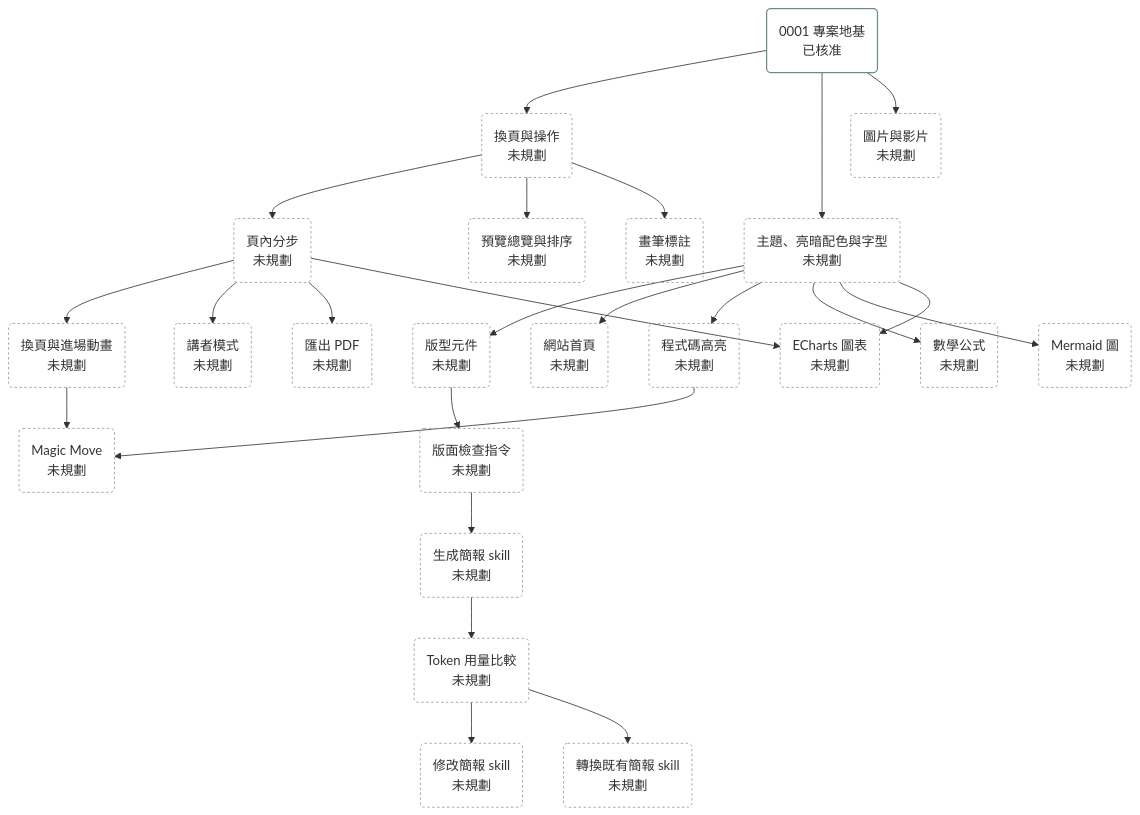
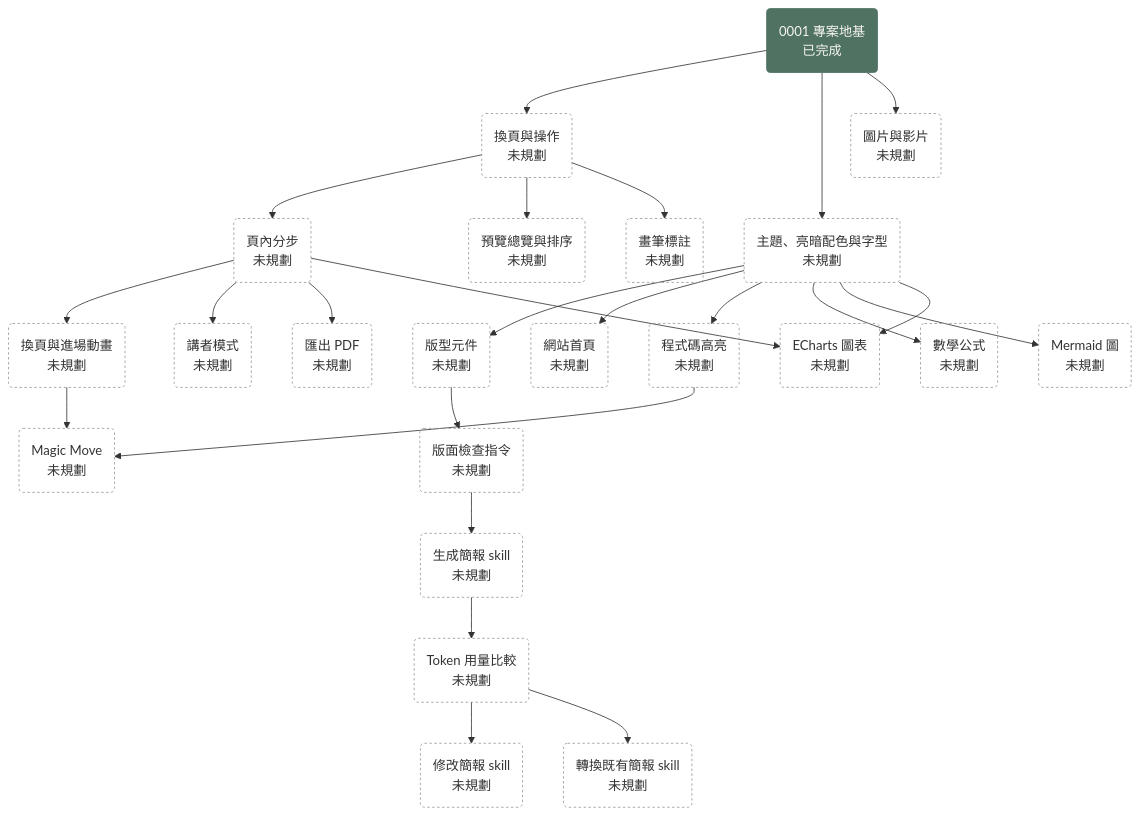
Before and after one commit to bingyangchen/diapo: the diagram in docs/plans/roadmap.md, drawn with Mermaid. The commit also changed other lines of this file and 64 other files, not shown here.

````diff
--- a/docs/plans/roadmap.md
+++ b/docs/plans/roadmap.md
@@ -7,43 +7,43 @@
 ```mermaid
 flowchart TD
-  P0001("0001 專案地基<br/>已核准"):::approved
+  P0001("0001 專案地基<br/>已完成"):::done
   navigation("換頁與操作<br/>未規劃"):::unplanned
   steps("頁內分步<br/>未規劃"):::unplanned
   transitions("換頁與進場動畫<br/>未規劃"):::unplanned
   magic_move("Magic Move<br/>未規劃"):::unplanned
   overview("預覽總覽與排序<br/>未規劃"):::unplanned
   annotation("畫筆標註<br/>未規劃"):::unplanned
   presenter("講者模式<br/>未規劃"):::unplanned
   theme("主題、亮暗配色與字型<br/>未規劃"):::unplanned
   layouts("版型元件<br/>未規劃"):::unplanned
   media("圖片與影片<br/>未規劃"):::unplanned
   code_highlight("程式碼高亮<br/>未規劃"):::unplanned
   math("數學公式<br/>未規劃"):::unplanned
   mermaid_diagram("Mermaid 圖<br/>未規劃"):::unplanned
   charts("ECharts 圖表<br/>未規劃"):::unplanned
   pdf_export("匯出 PDF<br/>未規劃"):::unplanned
   site_home("網站首頁<br/>未規劃"):::unplanned
   layout_check("版面檢查指令<br/>未規劃"):::unplanned
   skill_generate("生成簡報 skill<br/>未規劃"):::unplanned
   token_benchmark("Token 用量比較<br/>未規劃"):::unplanned
   skill_modify("修改簡報 skill<br/>未規劃"):::unplanned
   skill_convert("轉換既有簡報 skill<br/>未規劃"):::unplanned
   P0001 --> navigation --> steps --> transitions --> magic_move
   navigation --> overview
   navigation --> annotation
   steps --> presenter
   steps --> pdf_export
   P0001 --> theme --> layouts --> layout_check --> skill_generate
   skill_generate --> token_benchmark --> skill_modify
   token_benchmark --> skill_convert
   P0001 --> media
   theme --> site_home
   theme --> code_highlight --> magic_move
   theme --> math
   theme --> mermaid_diagram
   theme --> charts
   steps --> charts
   classDef done fill:#4f7262,stroke:#4f7262,color:#f7f5f0
   classDef approved fill:none,stroke:#6b8f7e,stroke-width:1.5px
   classDef unplanned fill:none,stroke:#9a978f,stroke-dasharray:3 3
 ```
````
